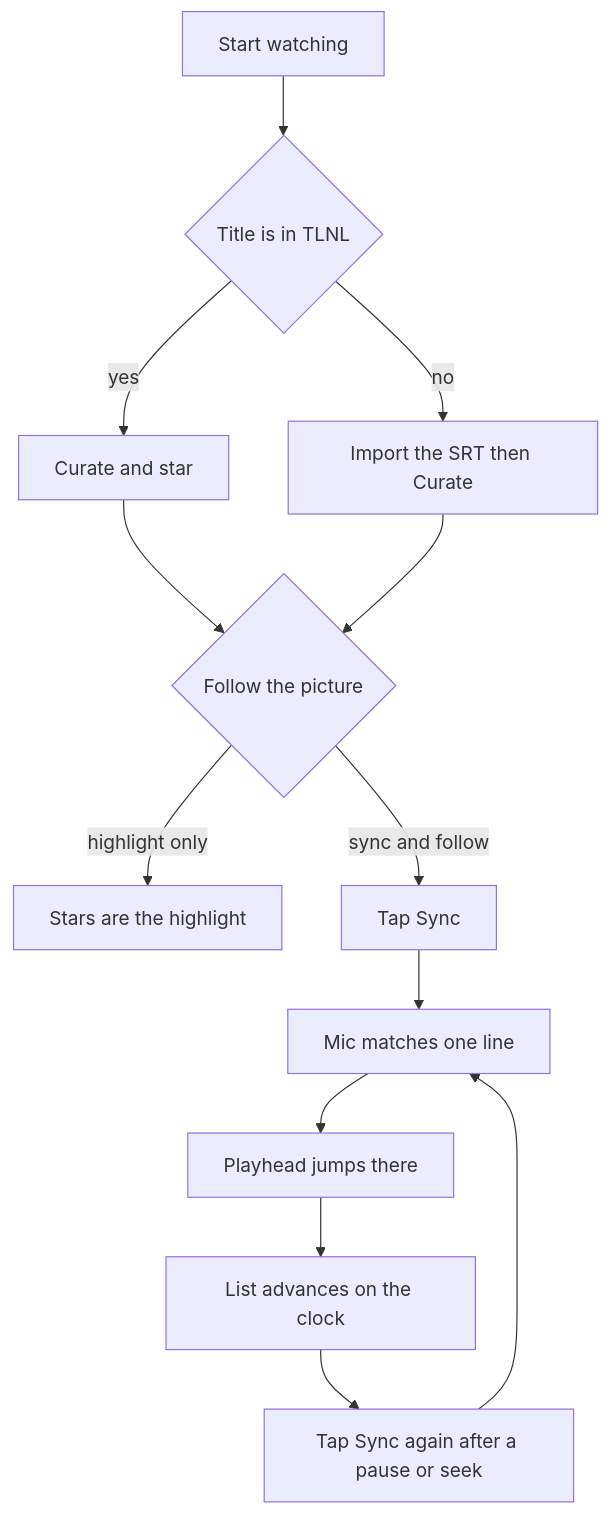
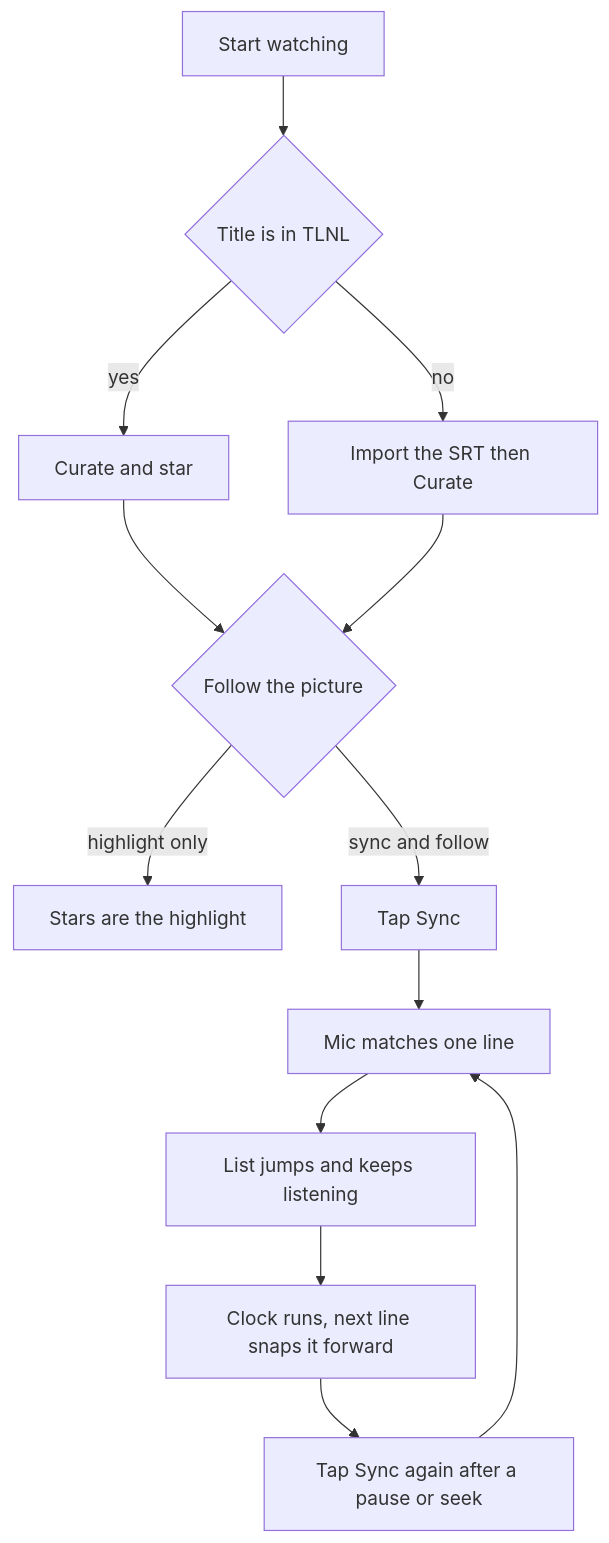
Before and after one commit to CLocs/textline-nextline: the first of 2 diagrams in docs/W2G.md, drawn with Mermaid. The commit also changed other lines of this file and 19 other files, not shown here.

````diff
--- a/docs/W2G.md
+++ b/docs/W2G.md
@@ -19,24 +19,24 @@
 ```mermaid
 flowchart TD
   watch[Start watching]
   known{Title is in TLNL}
   curate[Curate and star]
   ingest[Import the SRT then Curate]
   follow{Follow the picture}
   stars[Stars are the highlight]
   sync[Tap Sync]
   hear[Mic matches one line]
-  head[Playhead jumps there]
-  run[List advances on the clock]
+  head[List jumps and keeps listening]
+  run[Clock runs, next line snaps it forward]
   again[Tap Sync again after a pause or seek]
 
   watch --> known
   known -->|yes| curate
   known -->|no| ingest
   curate --> follow
   ingest --> follow
   follow -->|highlight only| stars
   follow -->|sync and follow| sync
   sync --> hear --> head --> run
   run --> again --> hear
 ```
````
